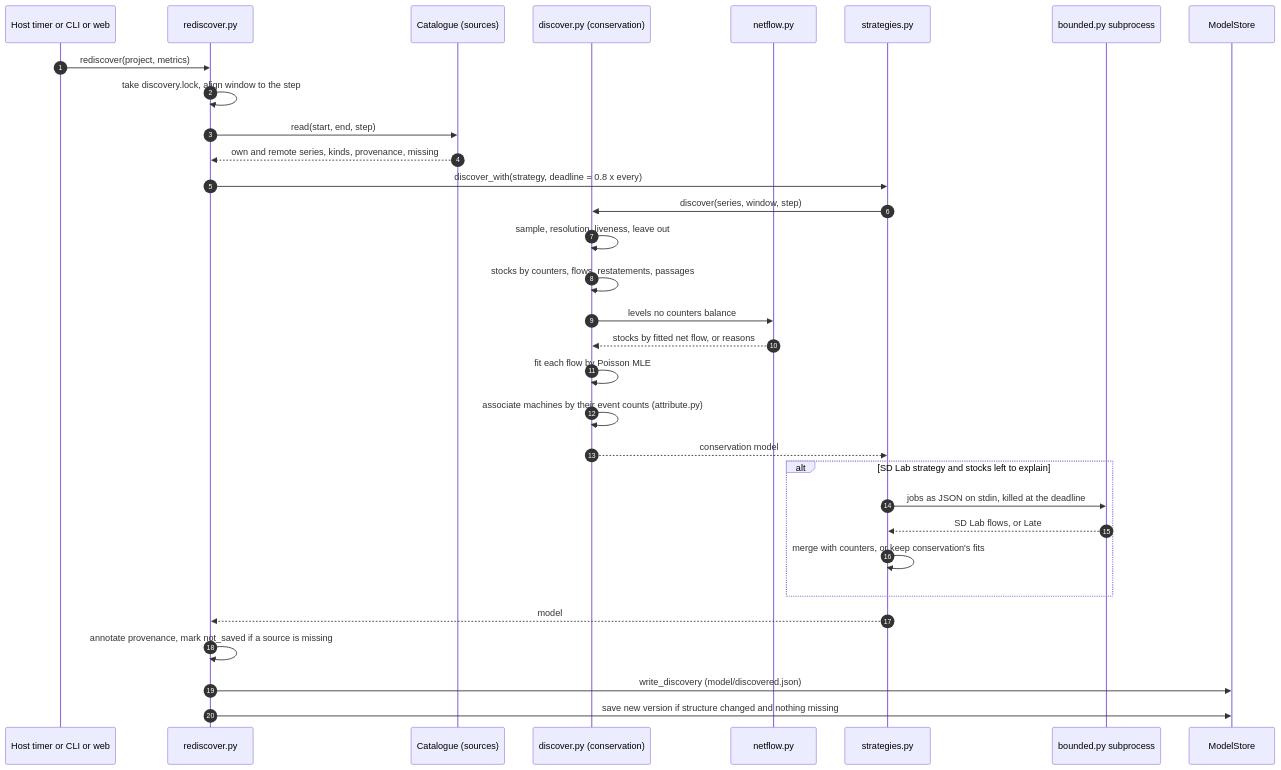
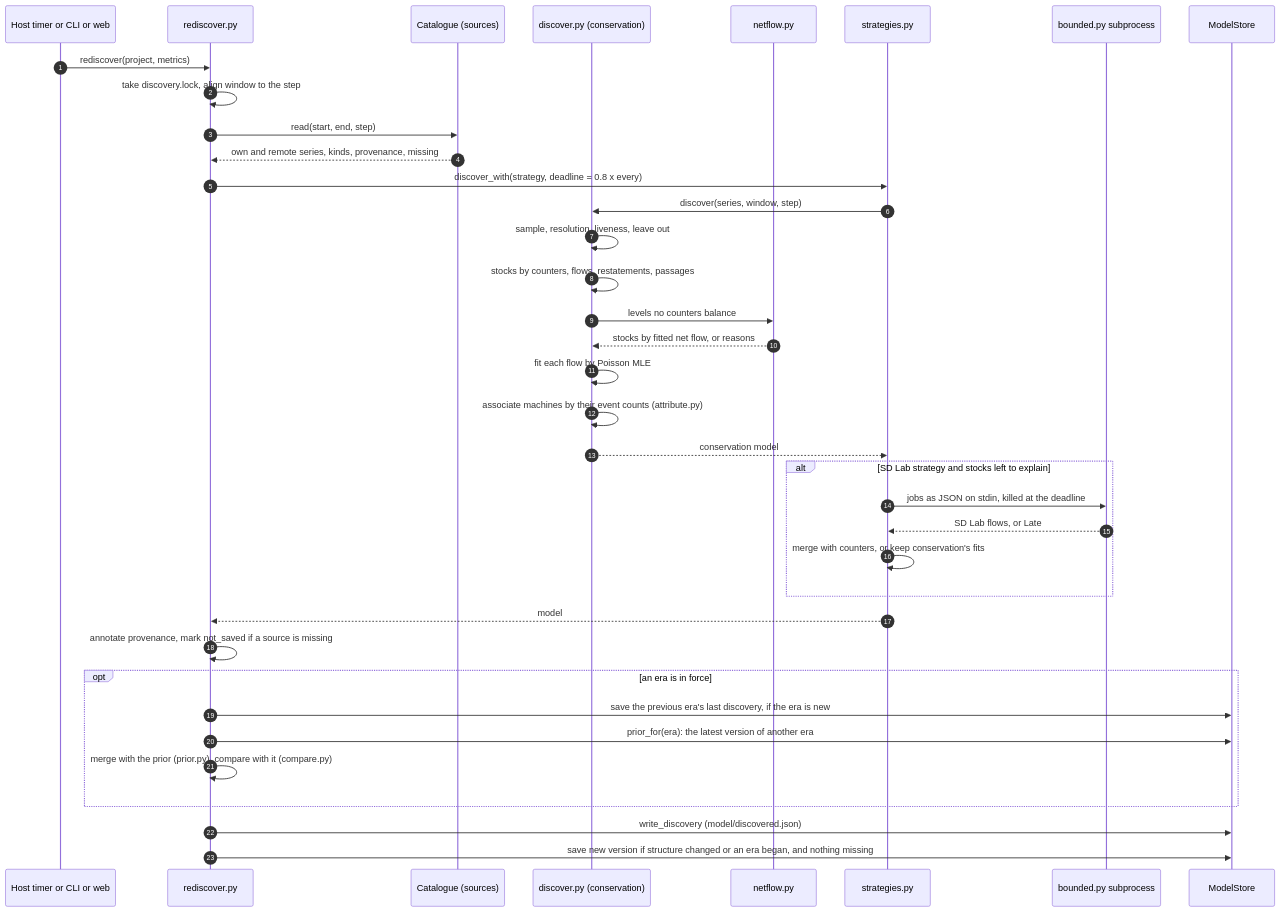
One commit to danroblewis/orchestra changed the fifth of 8 diagrams in ARCHITECTURE.md. Above: the diagram before and after it, drawn with Mermaid. The commit also changed other lines of this file and 3 other files, not shown here.

````diff
--- a/ARCHITECTURE.md
+++ b/ARCHITECTURE.md
@@ -358,34 +358,39 @@
 ```mermaid
 sequenceDiagram
   autonumber
   participant H as Host timer or CLI or web
   participant RD as rediscover.py
   participant CA as Catalogue (sources)
   participant CS as discover.py (conservation)
   participant NF as netflow.py
   participant ST as strategies.py
   participant BD as bounded.py subprocess
   participant MS as ModelStore
   H->>RD: rediscover(project, metrics)
   RD->>RD: take discovery.lock, align window to the step
   RD->>CA: read(start, end, step)
   CA-->>RD: own and remote series, kinds, provenance, missing
   RD->>ST: discover_with(strategy, deadline = 0.8 x every)
   ST->>CS: discover(series, window, step)
   CS->>CS: sample, resolution, liveness, leave out
   CS->>CS: stocks by counters, flows, restatements, passages
   CS->>NF: levels no counters balance
   NF-->>CS: stocks by fitted net flow, or reasons
   CS->>CS: fit each flow by Poisson MLE
   CS->>CS: associate machines by their event counts (attribute.py)
   CS-->>ST: conservation model
   alt SD Lab strategy and stocks left to explain
     ST->>BD: jobs as JSON on stdin, killed at the deadline
     BD-->>ST: SD Lab flows, or Late
     ST->>ST: merge with counters, or keep conservation's fits
   end
   ST-->>RD: model
   RD->>RD: annotate provenance, mark not_saved if a source is missing
+  opt an era is in force
+    RD->>MS: save the previous era's last discovery, if the era is new
+    RD->>MS: prior_for(era): the latest version of another era
+    RD->>RD: merge with the prior (prior.py), compare with it (compare.py)
+  end
   RD->>MS: write_discovery (model/discovered.json)
-  RD->>MS: save new version if structure changed and nothing missing
+  RD->>MS: save new version if structure changed or an era began, and nothing missing
 ```
````
